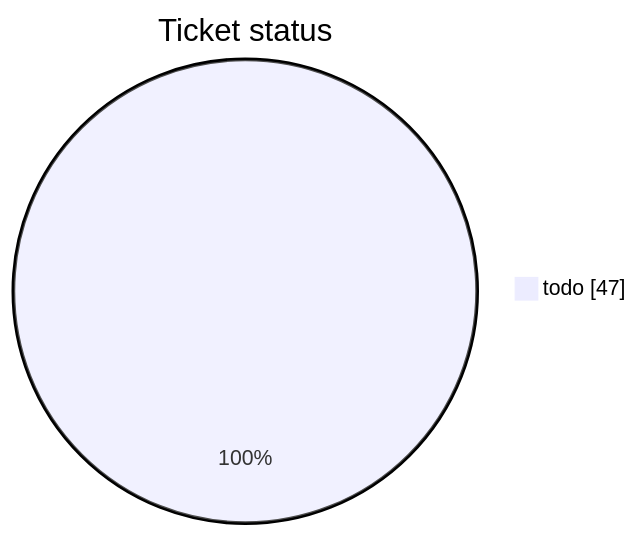
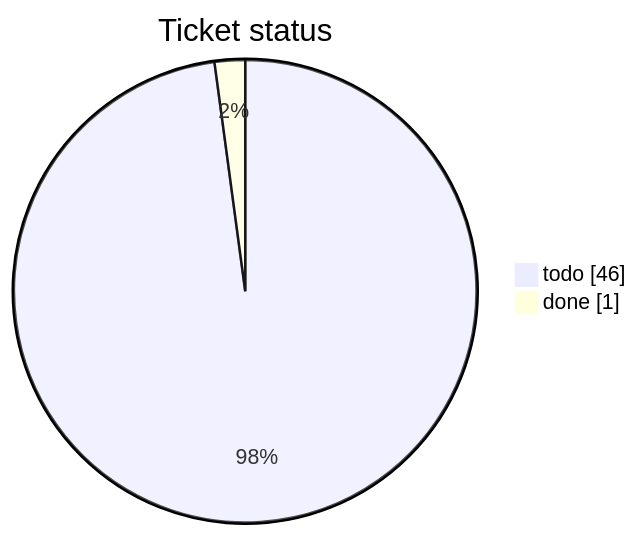
Before and after one commit to mohamed-soubhi/bootlab-esp: the first of 3 diagrams in tickets/TICKETS.md, drawn with Mermaid. The commit also changed other lines of this file and 9 other files, not shown here.

````diff
--- a/tickets/TICKETS.md
+++ b/tickets/TICKETS.md
@@ -10,4 +10,5 @@
 ```mermaid
 pie showData title Ticket status
-    "todo" : 47
+    "todo" : 46
+    "done" : 1
 ```
````
